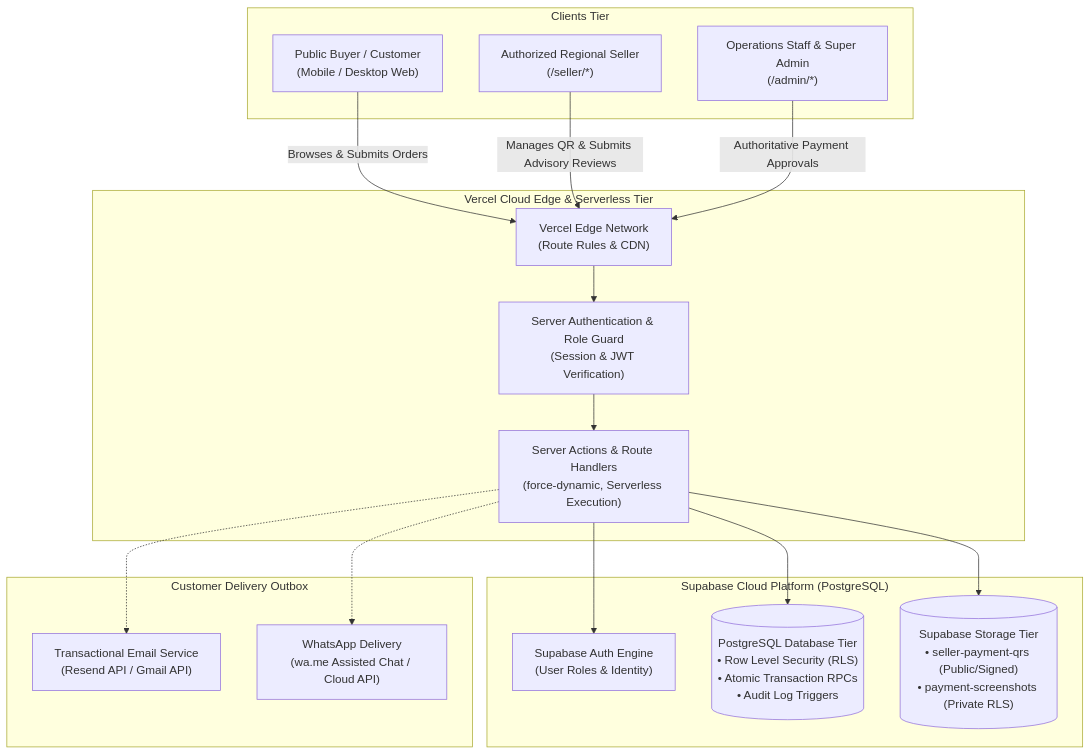
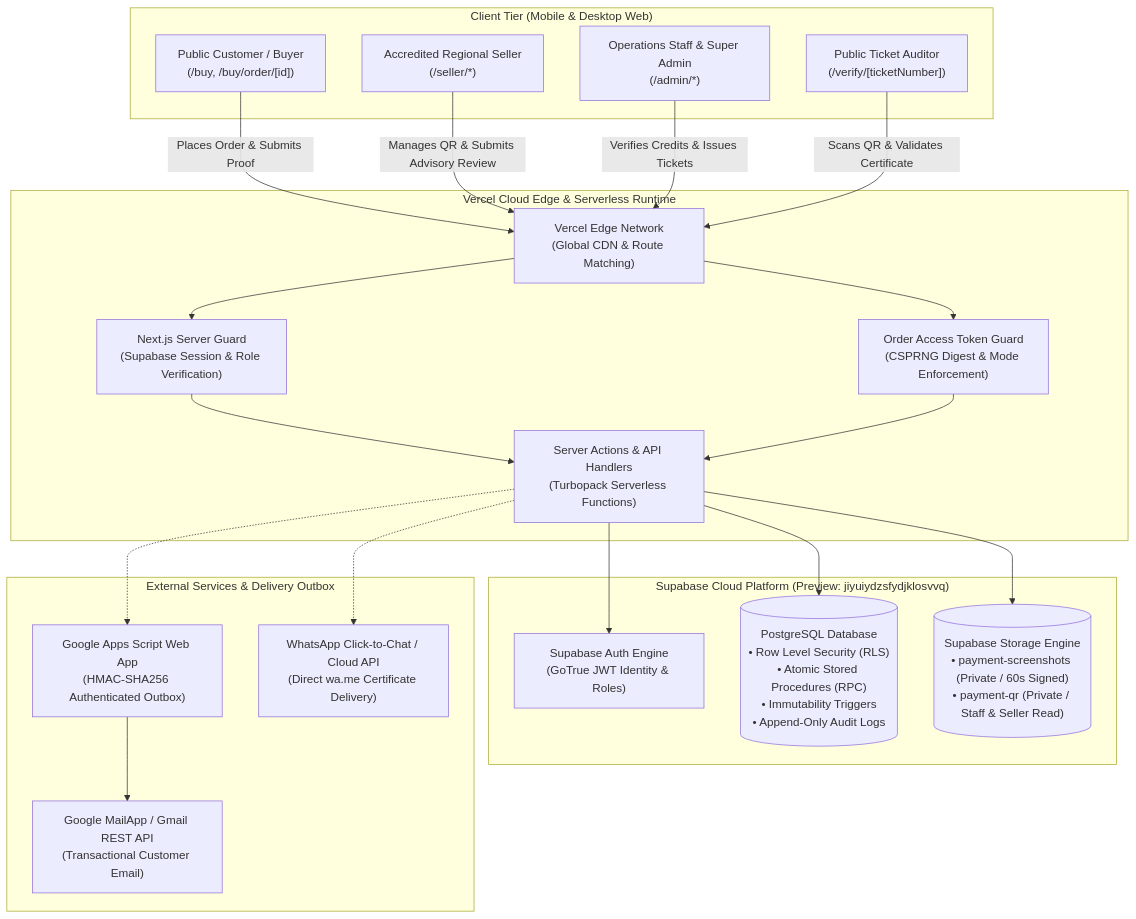
One commit to rose1996iv/ssfiticket changed the first of 7 diagrams in README.md. Above: the diagram before and after it, drawn with Mermaid. The commit also changed other lines of this file and 41 other files, not shown here.

First line of the commit message:
feat(security): Phase 6 & 7 remediation, transactional email integration, and documentation

````diff
--- a/README.md
+++ b/README.md
@@ -96,36 +86,45 @@
 ```mermaid
 flowchart TD
-    subgraph Clients["Clients Tier"]
-        Buyer["Public Buyer / Customer<br/>(Mobile / Desktop Web)"]
-        Seller["Authorized Regional Seller<br/>(/seller/*)"]
-        Admin["Operations Staff & Super Admin<br/>(/admin/*)"]
+    subgraph Clients["Client Tier (Mobile & Desktop Web)"]
+        Buyer["Public Customer / Buyer<br/>(/buy, /buy/order/[id])"]
+        Seller["Accredited Regional Seller<br/>(/seller/*)"]
+        Staff["Operations Staff & Super Admin<br/>(/admin/*)"]
+        Auditor["Public Ticket Auditor<br/>(/verify/[ticketNumber])"]
     end
 
-    subgraph Edge["Vercel Cloud Edge & Serverless Tier"]
-        VercelEdge["Vercel Edge Network<br/>(Route Rules & CDN)"]
-        AuthMiddleware["Server Authentication & Role Guard<br/>(Session & JWT Verification)"]
-        ServerActions["Server Actions & Route Handlers<br/>(force-dynamic, Serverless Execution)"]
+    subgraph Edge["Vercel Cloud Edge & Serverless Runtime"]
+        EdgeRouter["Vercel Edge Network<br/>(Global CDN & Route Matching)"]
+        AuthGuard["Next.js Server Guard<br/>(Supabase Session & Role Verification)"]
+        TokenGuard["Order Access Token Guard<br/>(CSPRNG Digest & Mode Enforcement)"]
+        ServerActions["Server Actions & API Handlers<br/>(Turbopack Serverless Functions)"]
     end
 
-    subgraph Supabase["Supabase Cloud Platform (PostgreSQL)"]
-        SupaAuth["Supabase Auth Engine<br/>(User Roles & Identity)"]
-        PostgresDB[("PostgreSQL Database Tier<br/>• Row Level Security (RLS)<br/>• Atomic Transaction RPCs<br/>• Audit Log Triggers")]
-        StorageBuckets[("Supabase Storage Tier<br/>• seller-payment-qrs (Public/Signed)<br/>• payment-screenshots (Private RLS)")]
+    subgraph Supabase["Supabase Cloud Platform (Preview: jiyuiydzsfydjklosvvq)"]
+        AuthEngine["Supabase Auth Engine<br/>(GoTrue JWT Identity & Roles)"]
+        PostgresDB[("PostgreSQL Database<br/>• Row Level Security (RLS)<br/>• Atomic Stored Procedures (RPC)<br/>• Immutability Triggers<br/>• Append-Only Audit Logs")]
+        StorageBuckets[("Supabase Storage Engine<br/>• payment-screenshots (Private / 60s Signed)<br/>• payment-qr (Private / Staff & Seller Read)")]
     end
 
-    subgraph Notifications["Customer Delivery Outbox"]
-        EmailService["Transactional Email Service<br/>(Resend API / Gmail API)"]
-        WhatsAppService["WhatsApp Delivery<br/>(wa.me Assisted Chat / Cloud API)"]
+    subgraph External["External Services & Delivery Outbox"]
+        AppsScript["Google Apps Script Web App<br/>(HMAC-SHA256 Authenticated Outbox)"]
+        Gmail["Google MailApp / Gmail REST API<br/>(Transactional Customer Email)"]
+        WhatsApp["WhatsApp Click-to-Chat / Cloud API<br/>(Direct wa.me Certificate Delivery)"]
     end
 
-    Buyer -->|Browses & Submits Orders| VercelEdge
-    Seller -->|Manages QR & Submits Advisory Reviews| VercelEdge
-    Admin -->|Authoritative Payment Approvals| VercelEdge
+    Buyer -->|Places Order & Submits Proof| EdgeRouter
+    Seller -->|Manages QR & Submits Advisory Review| EdgeRouter
+    Staff -->|Verifies Credits & Issues Tickets| EdgeRouter
+    Auditor -->|Scans QR & Validates Certificate| EdgeRouter
 
-    VercelEdge --> AuthMiddleware --> ServerActions
-    ServerActions --> SupaAuth
+    EdgeRouter --> AuthGuard
+    EdgeRouter --> TokenGuard
+    AuthGuard --> ServerActions
+    TokenGuard --> ServerActions
+
+    ServerActions --> AuthEngine
     ServerActions --> PostgresDB
     ServerActions --> StorageBuckets
-    ServerActions -.-> EmailService
-    ServerActions -.-> WhatsAppService
+    ServerActions -.-> AppsScript
+    AppsScript --> Gmail
+    ServerActions -.-> WhatsApp
 ```
````
